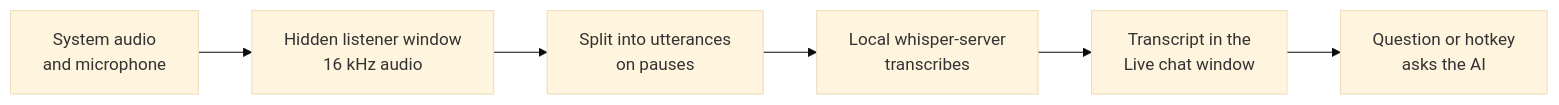
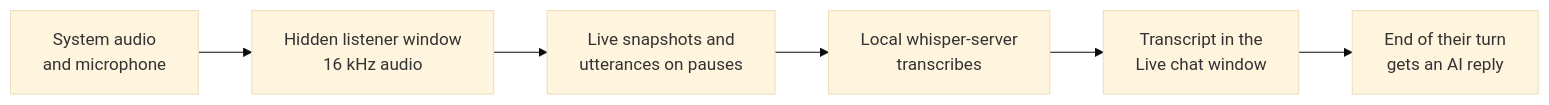
The second of 2 diagrams in README.md (NarihitoM/AutoDesk), drawn with Mermaid (base theme) before and after one commit. The commit also changed other lines of this file and 19 other files, not shown here.

First line of the commit message:
feat: stream live transcripts and reply like a chatbot

````diff
--- a/README.md
+++ b/README.md
@@ -237,8 +237,8 @@
 ```mermaid
 flowchart LR
     A[System audio<br/>and microphone] --> B[Hidden listener window<br/>16 kHz audio]
-    B --> C[Split into utterances<br/>on pauses]
+    B --> C[Live snapshots and<br/>utterances on pauses]
     C --> D[Local whisper-server<br/>transcribes]
     D --> E[Transcript in the<br/>Live chat window]
-    E --> F[Question or hotkey<br/>asks the AI]
+    E --> F[End of their turn<br/>gets an AI reply]
 ```
````
